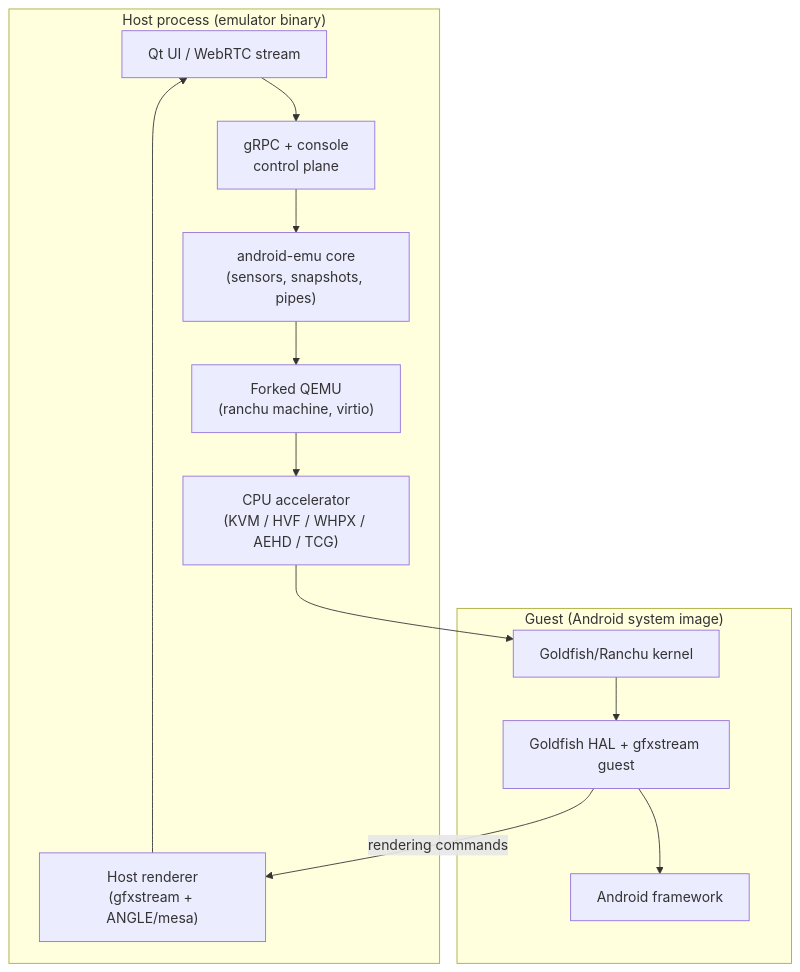
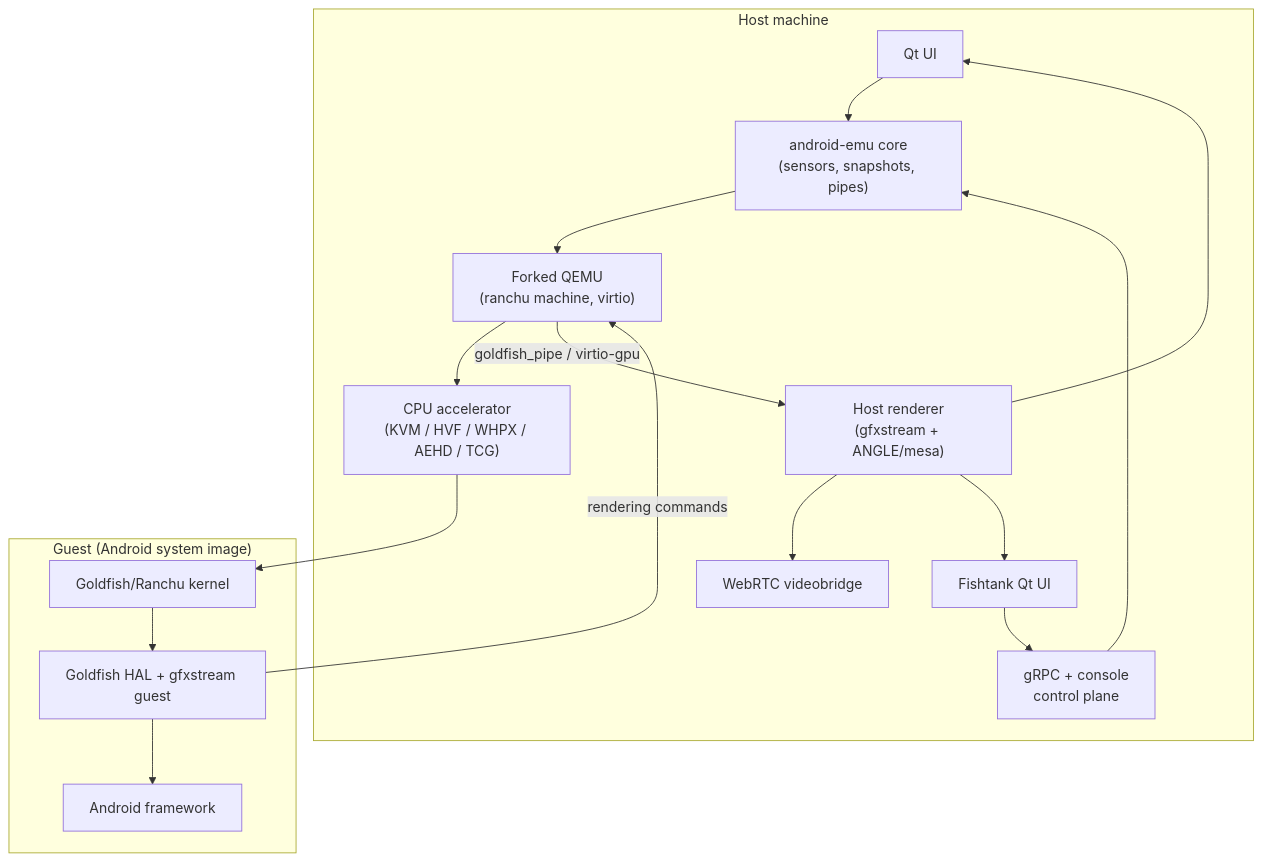
The diagram in index.md (aospbooks/android-emulator-internal-book), drawn with Mermaid before and after one commit. The commit also changed other lines of this file and 31 other files, not shown here.

````diff
--- a/index.md
+++ b/index.md
@@ -15,26 +15,32 @@
 ```mermaid
 graph TB
-    subgraph HOST["Host process (emulator binary)"]
-        UI["Qt UI / WebRTC stream"]
+    subgraph HOST["Host machine"]
+        QTUI["Qt UI"]
+        WEBRTCBRIDGE["WebRTC videobridge"]
+        FISHTANK["Fishtank Qt UI"]
         GRPC["gRPC + console<br/>control plane"]
         ANDROIDEMU["android-emu core<br/>(sensors, snapshots, pipes)"]
         RENDER["Host renderer<br/>(gfxstream + ANGLE/mesa)"]
         QEMU["Forked QEMU<br/>(ranchu machine, virtio)"]
         ACCEL["CPU accelerator<br/>(KVM / HVF / WHPX / AEHD / TCG)"]
     end
     subgraph GUEST["Guest (Android system image)"]
         GKERNEL["Goldfish/Ranchu kernel"]
         GHAL["Goldfish HAL + gfxstream guest"]
         GFRAME["Android framework"]
     end
 
-    UI --> GRPC
+    QTUI --> ANDROIDEMU
+    FISHTANK --> GRPC
     GRPC --> ANDROIDEMU
     ANDROIDEMU --> QEMU
     QEMU --> ACCEL
     ACCEL --> GKERNEL
     GKERNEL --> GHAL
     GHAL --> GFRAME
-    GHAL -->|"rendering commands"| RENDER
-    RENDER --> UI
+    GHAL -->|"rendering commands"| QEMU
+    QEMU -->|"goldfish_pipe / virtio-gpu"| RENDER
+    RENDER --> QTUI
+    RENDER --> WEBRTCBRIDGE
+    RENDER --> FISHTANK
 ```
````
